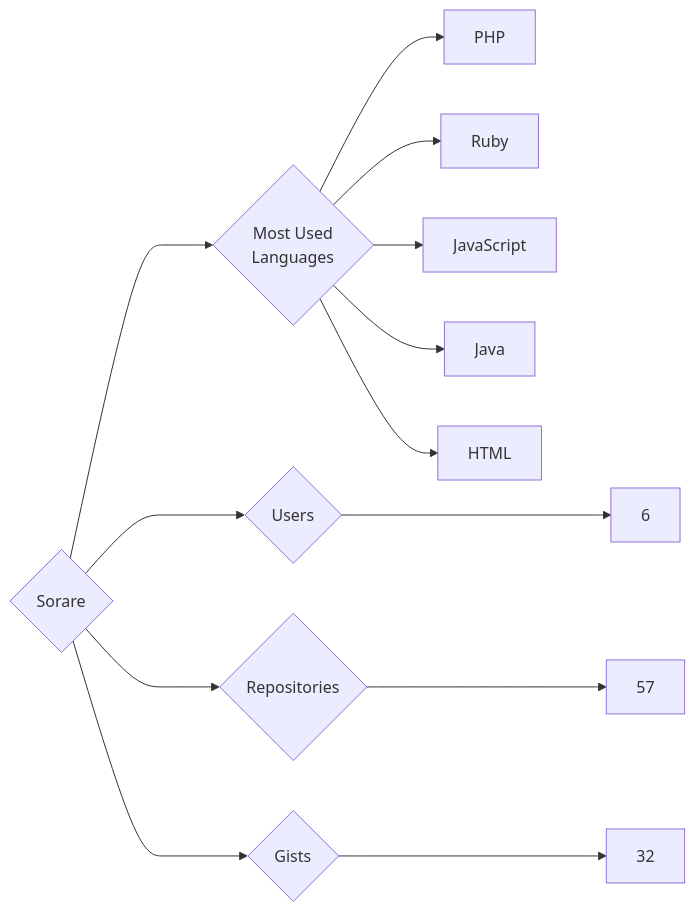
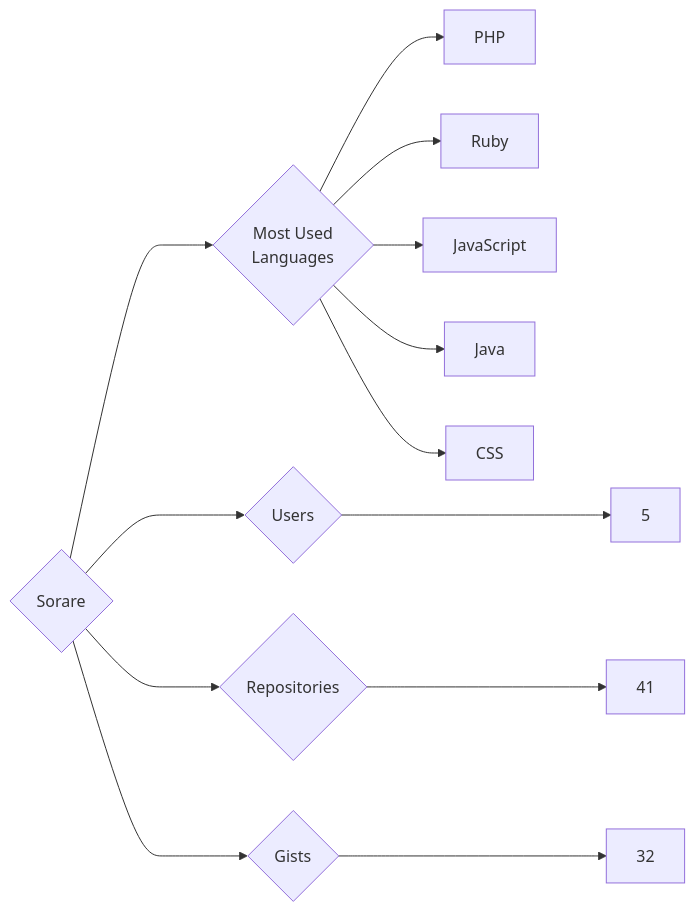
One commit to trickest/insiders changed the diagram in targets/Sorare/README.md. Above: the diagram before and after it, drawn with Mermaid. The commit also changed 773 other files, not shown here.

````diff
--- a/targets/Sorare/README.md
+++ b/targets/Sorare/README.md
@@ -3,13 +3,13 @@
 ```mermaid
 graph LR
 COMPANY_NAME{Sorare}
-COMPANY_NAME ---> U{Users} ---> UN[6]
-COMPANY_NAME ---> R{Repositories} ---> RN[57]
+COMPANY_NAME ---> U{Users} ---> UN[5]
+COMPANY_NAME ---> R{Repositories} ---> RN[41]
 COMPANY_NAME ---> G{Gists} ---> GN[32]
 COMPANY_NAME ---> ML{Most Used<br>Languages}
 ML --> PHP[PHP]
 ML --> Ruby[Ruby]
 ML --> JavaScript[JavaScript]
 ML --> Java[Java]
-ML --> HTML[HTML]
+ML --> CSS[CSS]
 ```
````
